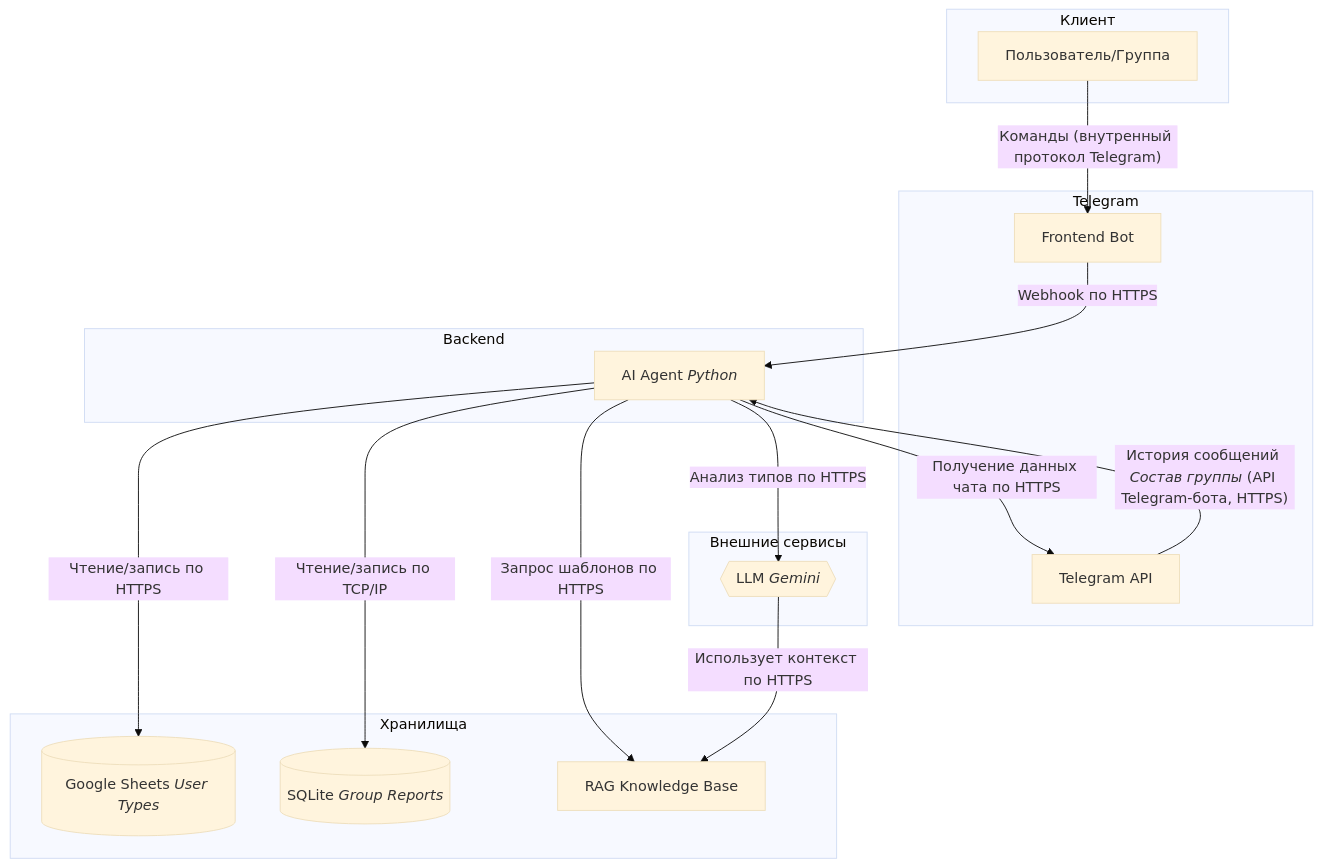
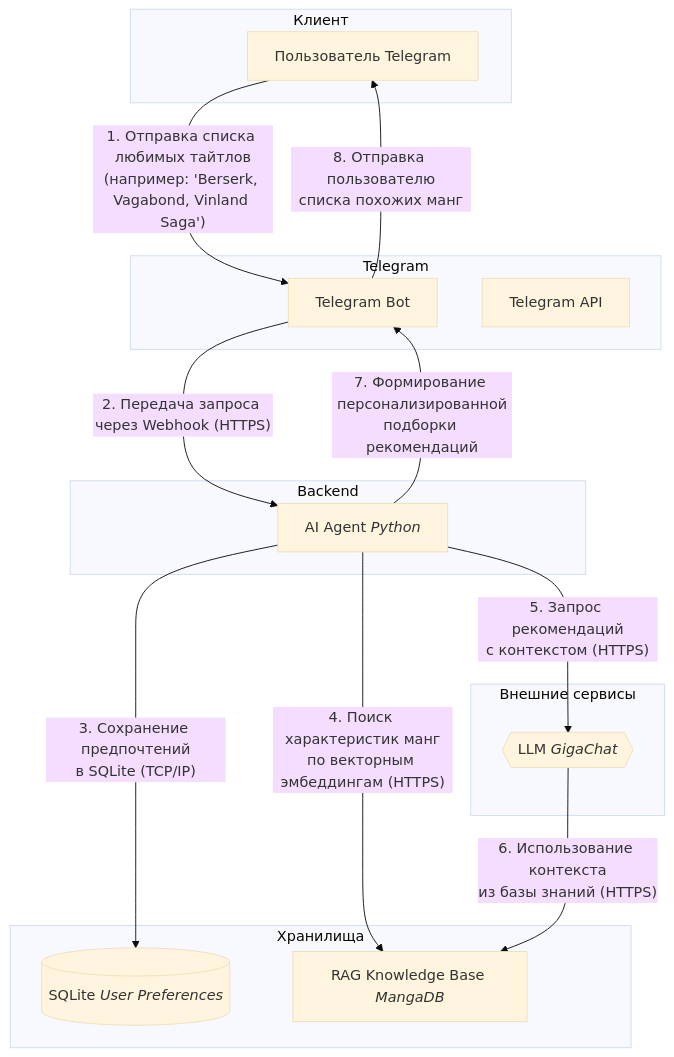
Before and after one commit to toxicneka/catlover: the diagram in README.md, drawn with Mermaid (base theme).

````diff
--- a/README.md
+++ b/README.md
@@ -1,35 +1,33 @@
 ```mermaid
 graph TD
     subgraph "Клиент"
-        A[Пользователь/Группа]
+        A[Пользователь Telegram]
     end
 
     subgraph "Telegram"
-        B[Frontend Bot]
+        B[Telegram Bot]
         I[Telegram API]
     end
 
     subgraph "Backend"
         D[AI Agent <i>Python</i>]
     end
 
     subgraph "Хранилища"
-        E[(Google Sheets <i>User Types</i>)]
-        F[(SQLite <i>Group Reports</i>)]
-        J[RAG Knowledge Base]
+        F[(SQLite <i>User Preferences</i>)]
+        J[RAG Knowledge Base <i>MangaDB</i>]
     end
 
     subgraph "Внешние сервисы"
-        G{{LLM <i>Gemini</i>}}
+        G{{LLM <i>GigaChat</i>}}
     end
 
-    A -- Команды (внутренный протокол Telegram) --> B
-    B -- Webhook по HTTPS --> D
-    D -- Чтение/запись по HTTPS --> E
-    D -- Чтение/запись по TCP/IP --> F
-    D -- Запрос шаблонов по HTTPS --> J
-    D -- Анализ типов по HTTPS --> G
-    D -- Получение данных чата по HTTPS --> I
-    G -- Использует контекст по HTTPS --> J
-    I -- История сообщений <i>Состав группы</i> (API Telegram-бота, HTTPS) --> D
+    A -- "1. Отправка списка любимых тайтлов\n(например: 'Berserk, Vagabond, Vinland Saga')" --> B
+    B -- "2. Передача запроса через Webhook (HTTPS)" --> D
+    D -- "3. Сохранение предпочтений\nв SQLite (TCP/IP)" --> F
+    D -- "4. Поиск характеристик манг\nпо векторным эмбеддингам (HTTPS)" --> J
+    D -- "5. Запрос рекомендаций\nс контекстом (HTTPS)" --> G
+    G -- "6. Использование контекста\nиз базы знаний (HTTPS)" --> J
+    D -- "7. Формирование персонализированной\nподборки рекомендаций" --> B
+    B -- "8. Отправка пользователю\nсписка похожих манг" --> A
 ```
````
